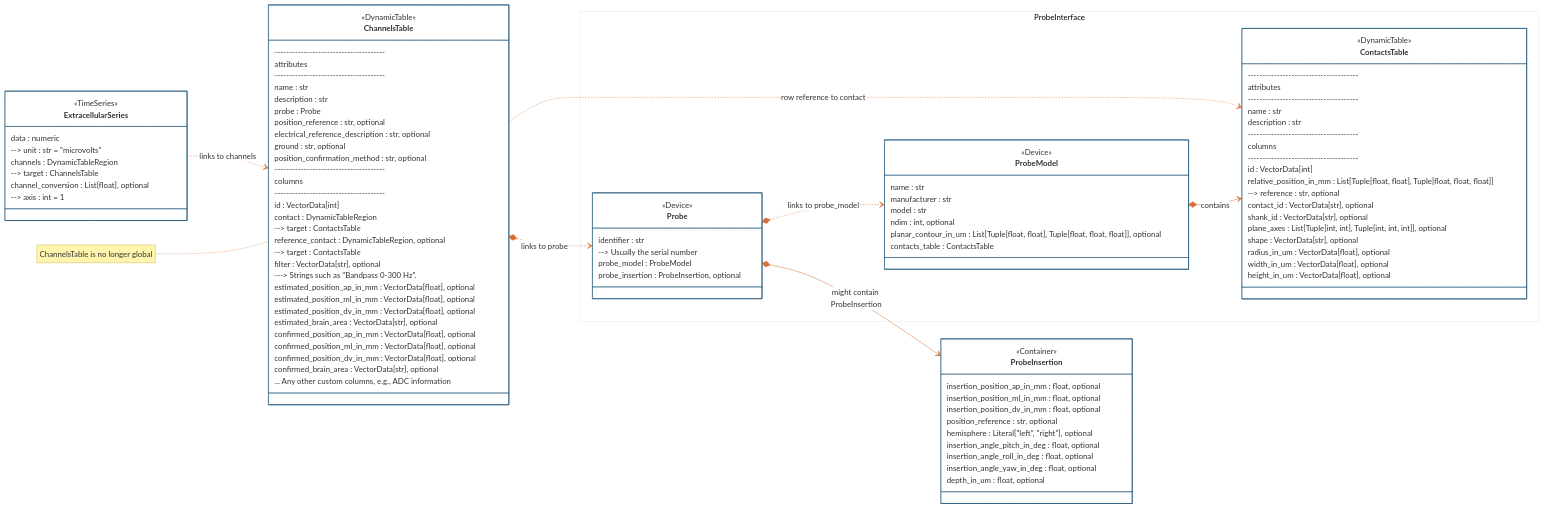
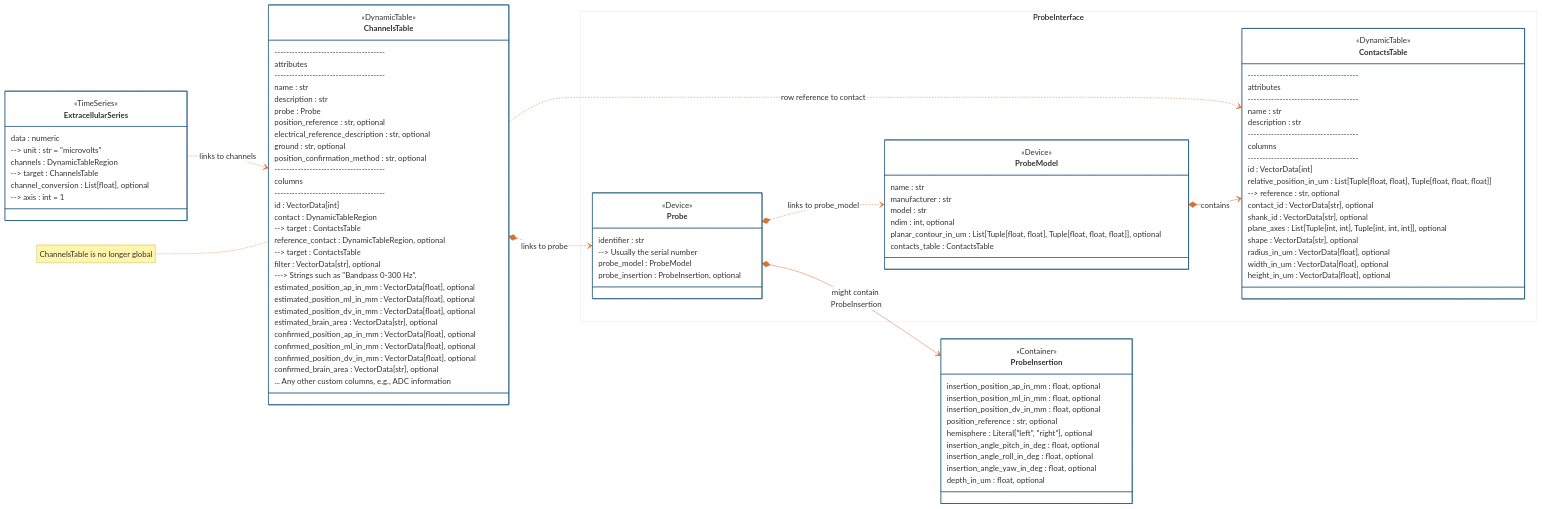
One commit to catalystneuro/ndx-extracellular-channels changed the diagram in README.md. Above: the diagram before and after it, drawn with Mermaid. The commit also changed 6 other files, not shown here.

Commit message:
Fix relative_position_in_mm should be in um

```diff
--- a/README.md
+++ b/README.md
@@ -171,7 +171,7 @@
                 columns
                 --------------------------------------
                 id : VectorData[int]
-                relative_position_in_mm : List[Tuple[float, float], Tuple[float, float, float]]
+                relative_position_in_um : List[Tuple[float, float], Tuple[float, float, float]]
                 --> reference : str, optional
                 contact_id : VectorData[str], optional
                 shank_id : VectorData[str], optional
```
